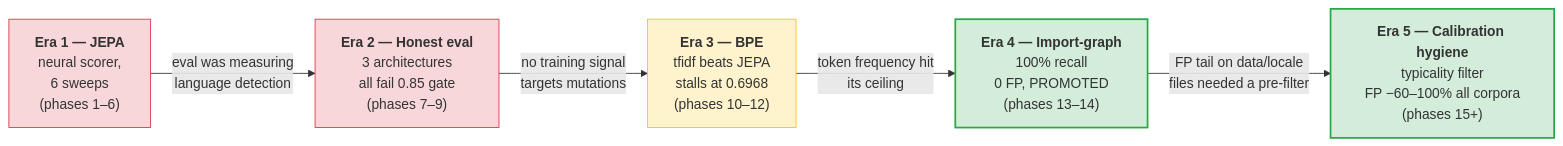
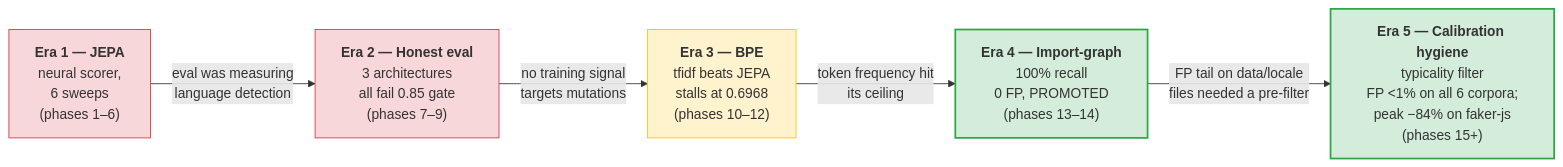
Before and after one commit to get-tmonier/argot: the first of 2 diagrams in docs/research/README.md, drawn with Mermaid. The commit also changed other lines of this file, not shown here.

Commit message:
docs(research): correct era-5 narrative to real v2 numbers

````diff
--- a/docs/research/README.md
+++ b/docs/research/README.md
@@ -17,20 +17,20 @@
 ```mermaid
 flowchart LR
     E1["<b>Era 1 — JEPA</b><br/>neural scorer,<br/>6 sweeps<br/>(phases 1–6)"]
     E2["<b>Era 2 — Honest eval</b><br/>3 architectures<br/>all fail 0.85 gate<br/>(phases 7–9)"]
     E3["<b>Era 3 — BPE</b><br/>tfidf beats JEPA<br/>stalls at 0.6968<br/>(phases 10–12)"]
     E4["<b>Era 4 — Import-graph</b><br/>100% recall<br/>0 FP, PROMOTED<br/>(phases 13–14)"]
 
     E1 -->|"eval was measuring<br/>language detection"| E2
     E2 -->|"no training signal<br/>targets mutations"| E3
     E3 -->|"token frequency hit<br/>its ceiling"| E4
     E4 -->|"FP tail on data/locale<br/>files needed a pre-filter"| E5
 
-    E5["<b>Era 5 — Calibration hygiene</b><br/>typicality filter<br/>FP −60–100% all corpora<br/>(phases 15+)"]
+    E5["<b>Era 5 — Calibration hygiene</b><br/>typicality filter<br/>FP <1% on all 6 corpora;<br/>peak −84% on faker-js<br/>(phases 15+)"]
 
     style E4 fill:#d4edda,stroke:#28a745,stroke-width:2px
     style E5 fill:#d4edda,stroke:#28a745,stroke-width:2px
     style E1 fill:#f8d7da,stroke:#dc3545
     style E2 fill:#f8d7da,stroke:#dc3545
     style E3 fill:#fff3cd,stroke:#ffc107
 ```
````
